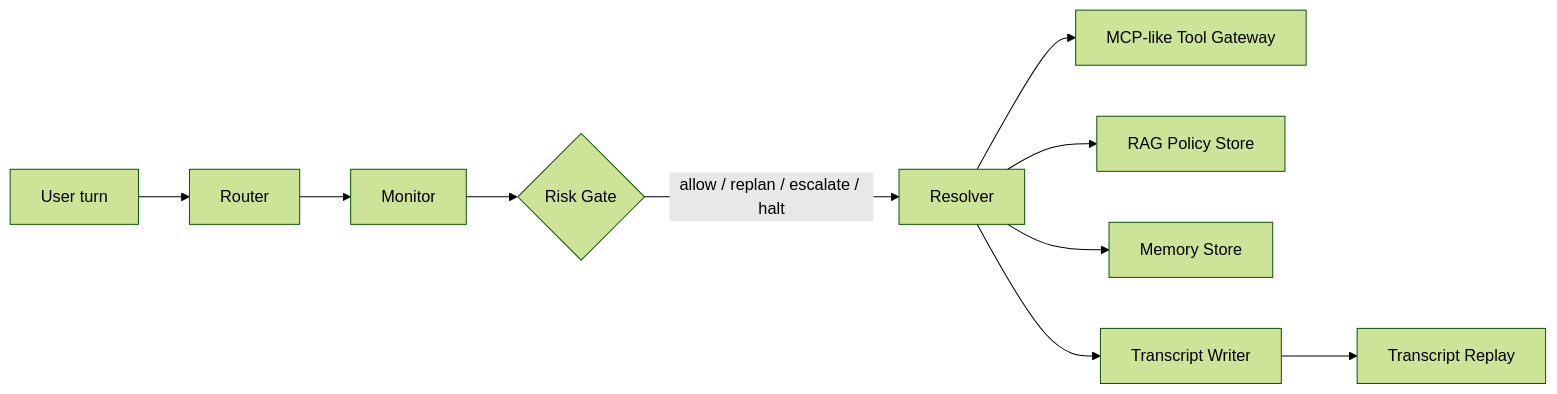
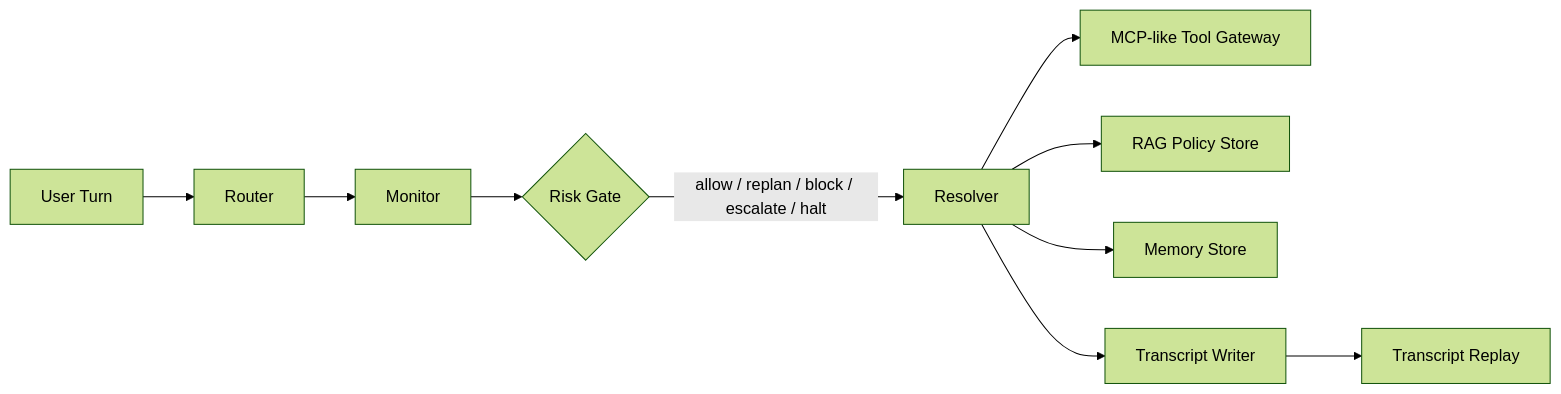
The diagram in README.md (yanglili0713-lgtm/course-support-agent-harness), drawn with Mermaid (forest theme) before and after one commit. The commit also changed other lines of this file and 7 other files, not shown here.

````diff
--- a/README.md
+++ b/README.md
@@ -44,12 +41,12 @@
 ```mermaid
 flowchart LR
-    U[User turn] --> R[Router]
+    U[User Turn] --> R[Router]
     R --> M[Monitor]
     M --> G{Risk Gate}
-    G -->|allow / replan / escalate / halt| S[Resolver]
+    G -->|allow / replan / block / escalate / halt| S[Resolver]
     S --> T[MCP-like Tool Gateway]
     S --> P[RAG Policy Store]
     S --> Mem[Memory Store]
     S --> Tr[Transcript Writer]
     Tr --> Replay[Transcript Replay]
 ```
````
